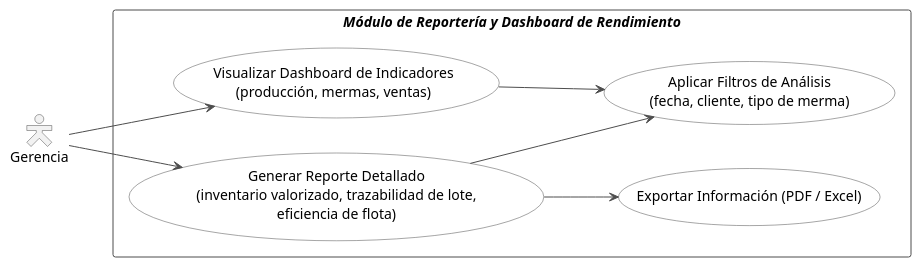
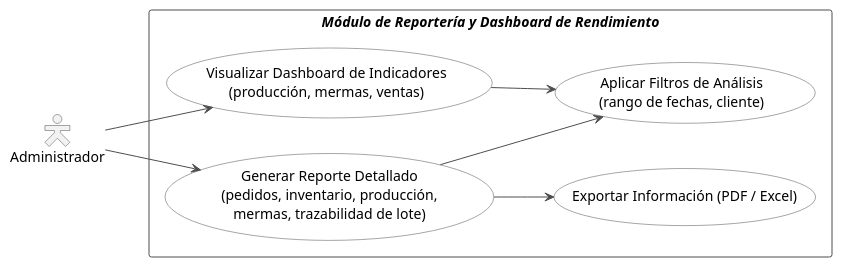
Before and after one commit to DecosUniversity/distri_yaneth_backend: the diagram in diagramas/iteraciones/iteracion5_casos_de_uso.puml, drawn with PlantUML. The commit also changed 27 other files, not shown here.

First line of the commit message:
docs: alinea los diagramas de la tesis con el sistema real

```diff
--- a/diagramas/iteraciones/iteracion5_casos_de_uso.puml
+++ b/diagramas/iteraciones/iteracion5_casos_de_uso.puml
@@ -1,36 +1,36 @@
 @startuml iteracion5_casos_de_uso
 ' Iteración 5 - Módulo de Reportería y Dashboard de Rendimiento (REQ005 / CU005)
 skinparam shadowing false
 skinparam packageStyle rectangle
 skinparam actorStyle hollow
 left to right direction
 skinparam actor {
   BorderColor #4D4D4D
   BackgroundColor #F2F2F2
 }
 skinparam usecase {
   BackgroundColor #FFFFFF
   BorderColor #4D4D4D
   ArrowColor #4D4D4D
 }
 skinparam rectangle {
   BorderColor #4D4D4D
   BackgroundColor #FFFFFF
 }
 
-actor "Gerencia" as G
+actor "Administrador" as G
 
 rectangle "**//Módulo de Reportería y Dashboard de Rendimiento//**" {
   usecase "Visualizar Dashboard de Indicadores\n(producción, mermas, ventas)" as UC_Dash
-  usecase "Aplicar Filtros de Análisis\n(fecha, cliente, tipo de merma)" as UC_Filtros
-  usecase "Generar Reporte Detallado\n(inventario valorizado, trazabilidad de lote,\neficiencia de flota)" as UC_Rep
+  usecase "Aplicar Filtros de Análisis\n(rango de fechas, cliente)" as UC_Filtros
+  usecase "Generar Reporte Detallado\n(pedidos, inventario, producción,\nmermas, trazabilidad de lote)" as UC_Rep
   usecase "Exportar Información (PDF / Excel)" as UC_Exp
 }
 
 G --> UC_Dash
 G --> UC_Rep
 UC_Dash --> UC_Filtros
 UC_Rep --> UC_Filtros
 UC_Rep --> UC_Exp
 
 @enduml
```
